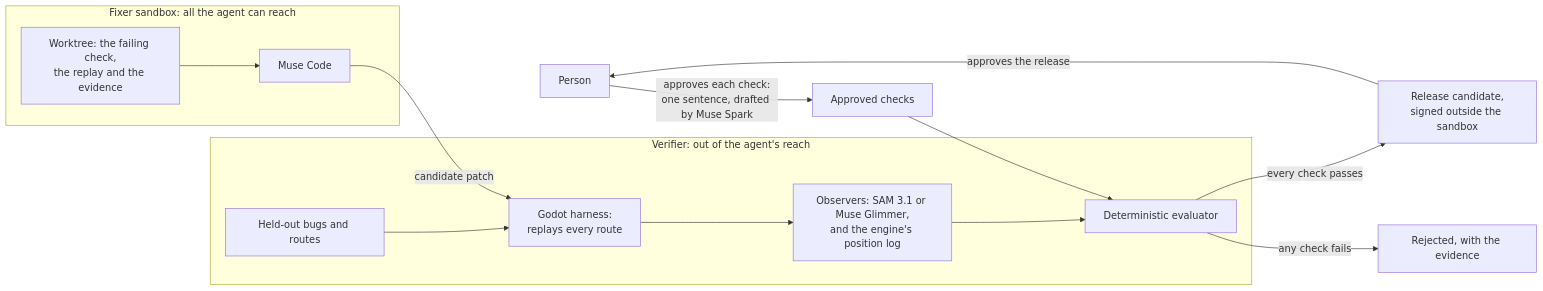
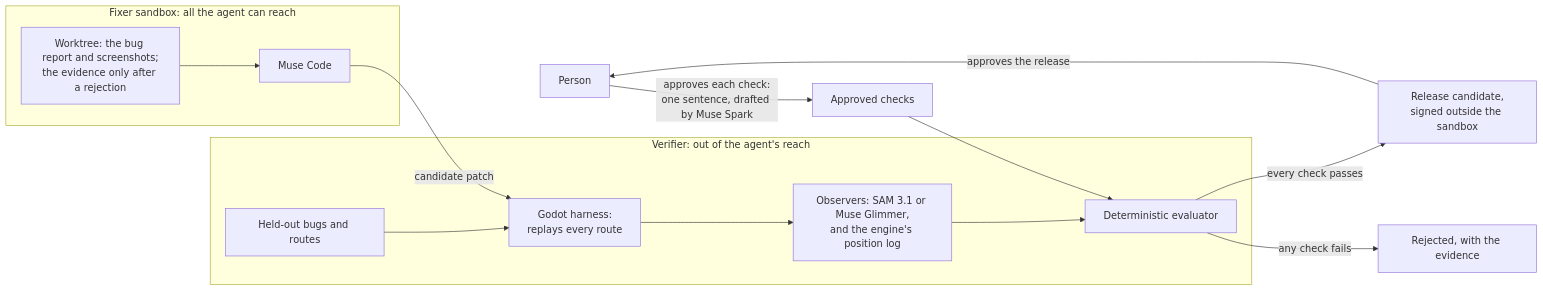
Before and after one commit to seanudeke/Expectrail: the diagram in README.md, drawn with Mermaid. The commit also changed other lines of this file and 10 other files, not shown here.

First line of the commit message:
Report first, verify always: the fixer gets Expectrail's evidence only after a rejection

````diff
--- a/README.md
+++ b/README.md
@@ -45,17 +45,17 @@
 ```mermaid
 flowchart LR
   person["Person"] -->|"approves each check:<br/>one sentence, drafted by Muse Spark"| specs["Approved checks"]
   subgraph fixer["Fixer sandbox: all the agent can reach"]
-    work["Worktree: the failing check,<br/>the replay and the evidence"] --> muse["Muse Code"]
+    work["Worktree: the bug report and screenshots;<br/>the evidence only after a rejection"] --> muse["Muse Code"]
   end
   subgraph verifier["Verifier: out of the agent's reach"]
     heldout["Held-out bugs and routes"] --> harness["Godot harness:<br/>replays every route"]
     harness --> observers["Observers: SAM 3.1 or Muse Glimmer,<br/>and the engine's position log"]
     observers --> evaluator["Deterministic evaluator"]
   end
   muse -->|"candidate patch"| harness
   specs --> evaluator
   evaluator -->|"every check passes"| rc["Release candidate,<br/>signed outside the sandbox"]
   evaluator -->|"any check fails"| reject["Rejected, with the evidence"]
   rc -->|"approves the release"| person
 ```
````
